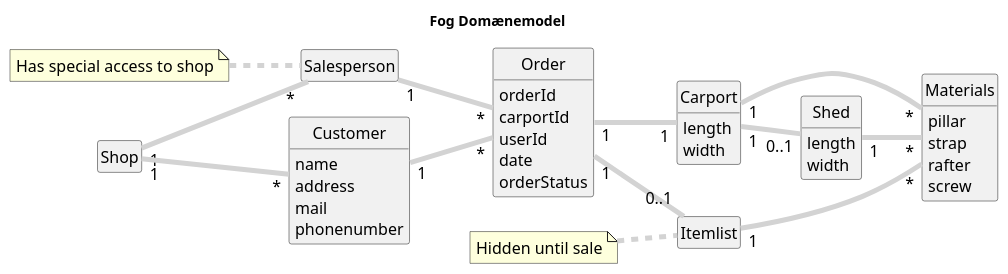
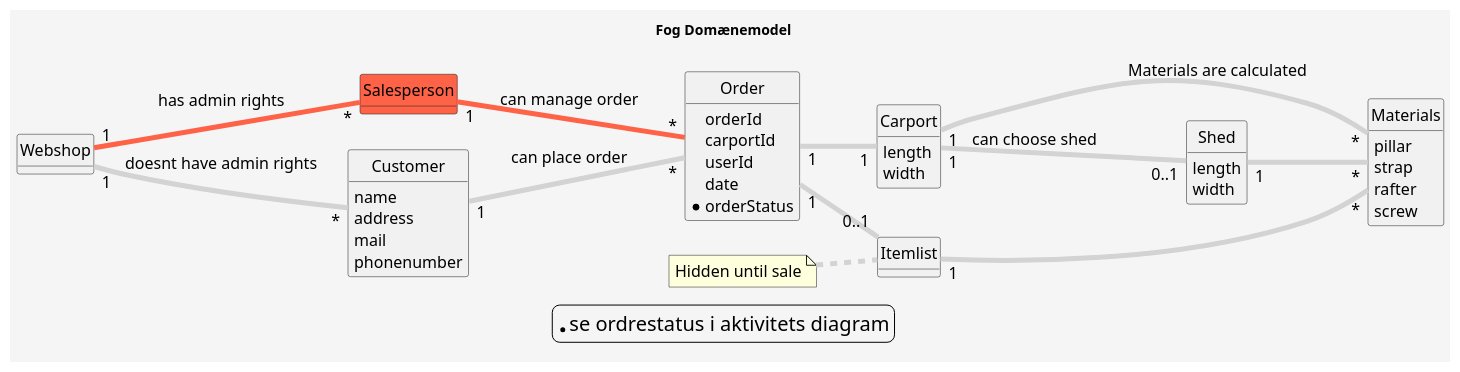
The diagram in doc/Analyse/DomæneDiagram.puml (Laumh-exe/2SemEksamenOpgave), drawn with PlantUML before and after one commit. The commit also changed 1 other file, not shown here.

Commit message:
Domænediagram+AktivitetsDiagram opdateret

```diff
--- a/doc/Analyse/DomæneDiagram.puml
+++ b/doc/Analyse/DomæneDiagram.puml
@@ -1,78 +1,94 @@
 @startuml
 'https://plantuml.com/class-diagram
 
+
+
 left to right direction
+skinparam BackgroundColor #f5f5f5
 skinparam style strictuml
 skinparam DefaultFontSize 16
 skinparam DefaultFontStyle bold
 skinparam ArrowColor #lightgrey
 skinparam ArrowThickness 5
 hide methods
 hide circle
-hide empty members
+hide empty
+
+<style>
+legend {
+    BackgroundColor #f5f5f5
+    FontColor black
+    FontSize 20
+}
+
+.p {
+    FontColor black
+}
+</style>
 
 
 Title Fog Domænemodel
 
-class Shop {
+class Webshop {
 }
 
-class Salesperson {
+class Salesperson #tomato{
 }
 
-note left: Has special access to shop
+
+legend *se ordrestatus i aktivitets diagram
 
 
 Class Customer{
     name
     address
     mail
     phonenumber
 }
 
 Class Order {
     orderId
     carportId
     userId
     date
-    orderStatus
+    *orderStatus
 }
 
 Class Carport {
     length
     width
 }
 
 Class Materials {
     pillar
     strap
     rafter
     screw
 }
 
 Class Shed {
     length
     width
 }
 
 
 Class Itemlist {
 
 }
 
 
 note left: Hidden until sale
 
-Shop "1"--"*" Salesperson
-Shop "1"--"*" Customer
-Customer "1"--"*" Order
+Webshop "1"--"*" Salesperson #tomato: has admin rights
+Webshop "1"--"*" Customer : doesnt have admin rights
+Customer "1"--"*" Order : can place order
 Order "1"--"1" Carport
-Carport "1"--"0..1" Shed
+Carport "1"--"0..1" Shed : can choose shed
 Itemlist "1"--"*" Materials
-Salesperson "1"--"*" Order
+Salesperson "1"--"*"  Order #tomato: can manage order
 Order "1"--"0..1" Itemlist
-Carport "1"--"*" Materials
+Carport "1"--"*" Materials : Materials are calculated
 Shed "1"--"*" Materials
 
 
 @enduml
```
